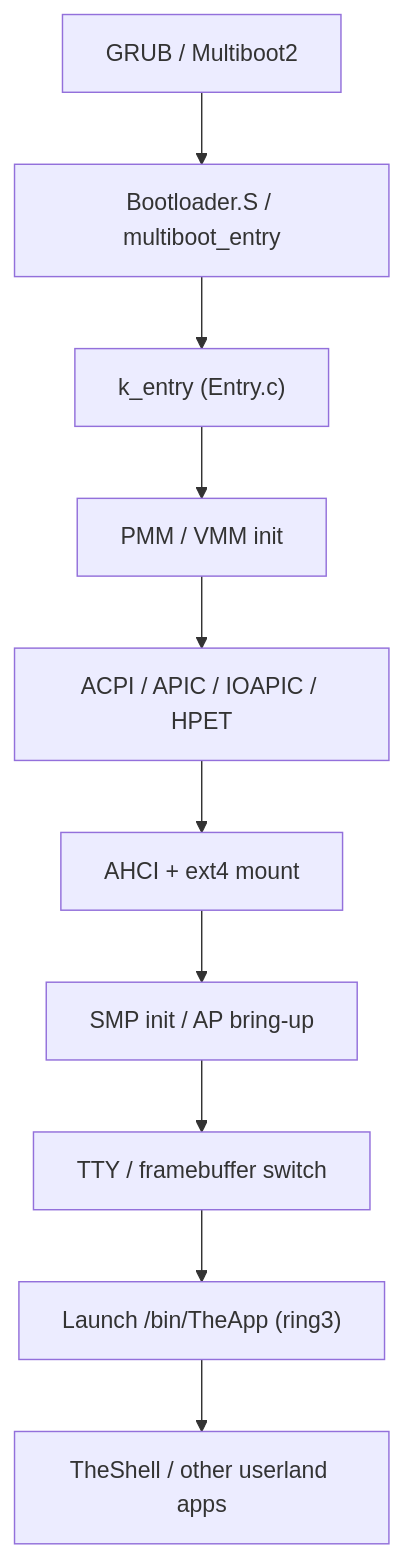
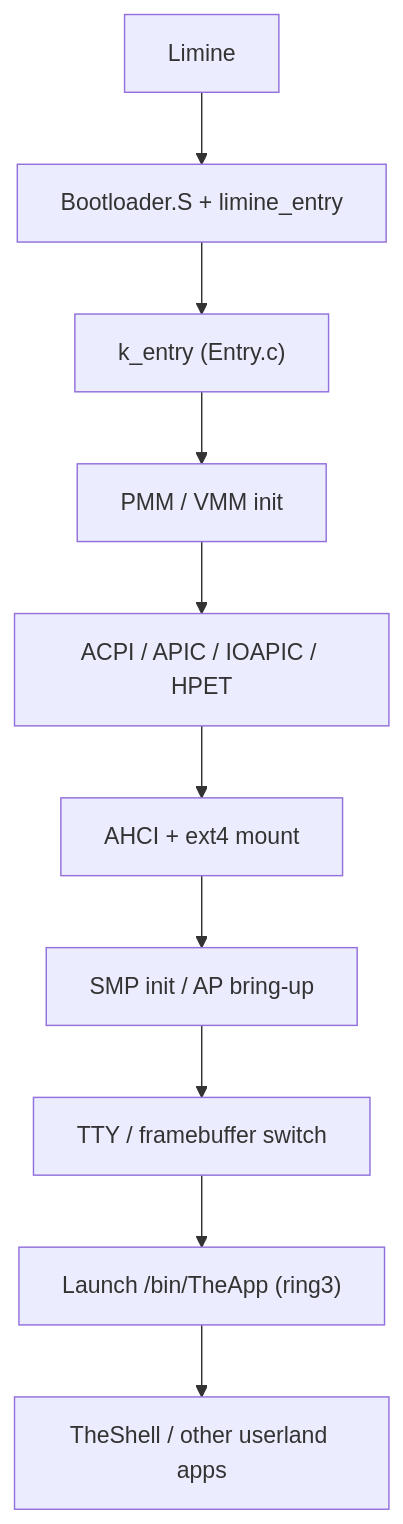
Before and after one commit to CodeMajorGeek/TheOS-Reborn: the first of 2 diagrams in README.md, drawn with Mermaid. The commit also changed other lines of this file and 18 other files, not shown here.

Commit message:
WIP: Rebased to limine instead of multiboot2.

````diff
--- a/README.md
+++ b/README.md
@@ -126,12 +126,12 @@
 ```mermaid
 flowchart TD
-    A["GRUB / Multiboot2"] --> B["Bootloader.S / multiboot_entry"]
+    A["Limine"] --> B["Bootloader.S + limine_entry"]
     B --> C["k_entry (Entry.c)"]
     C --> D["PMM / VMM init"]
     D --> E["ACPI / APIC / IOAPIC / HPET"]
     E --> F["AHCI + ext4 mount"]
     F --> G["SMP init / AP bring-up"]
     G --> H["TTY / framebuffer switch"]
     H --> I["Launch /bin/TheApp (ring3)"]
     I --> J["TheShell / other userland apps"]
 ```
````
